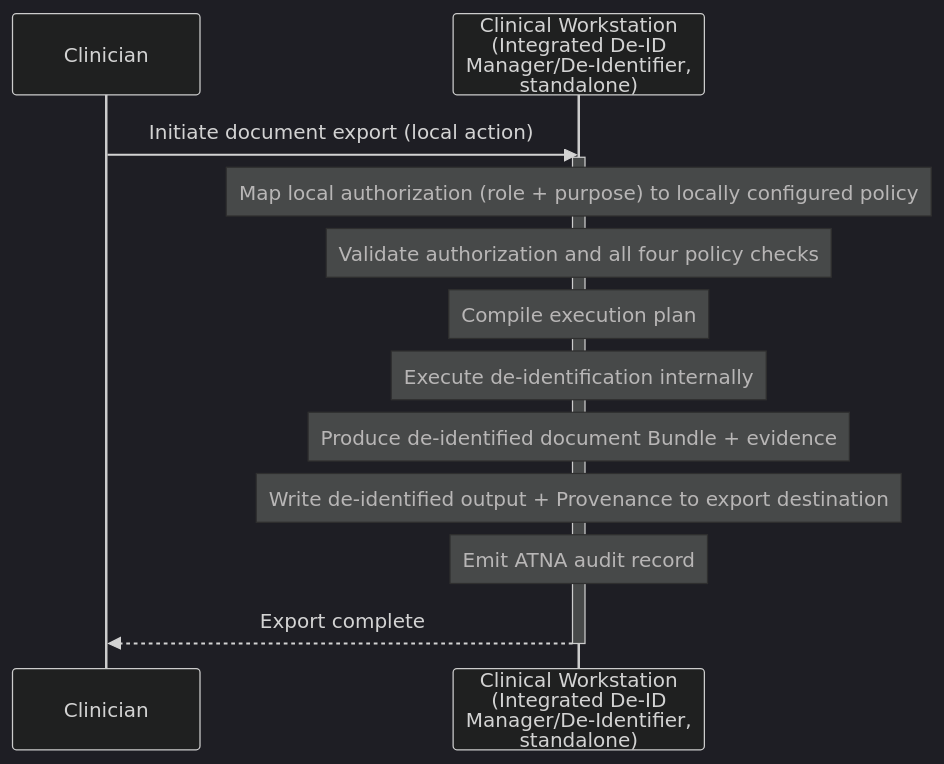
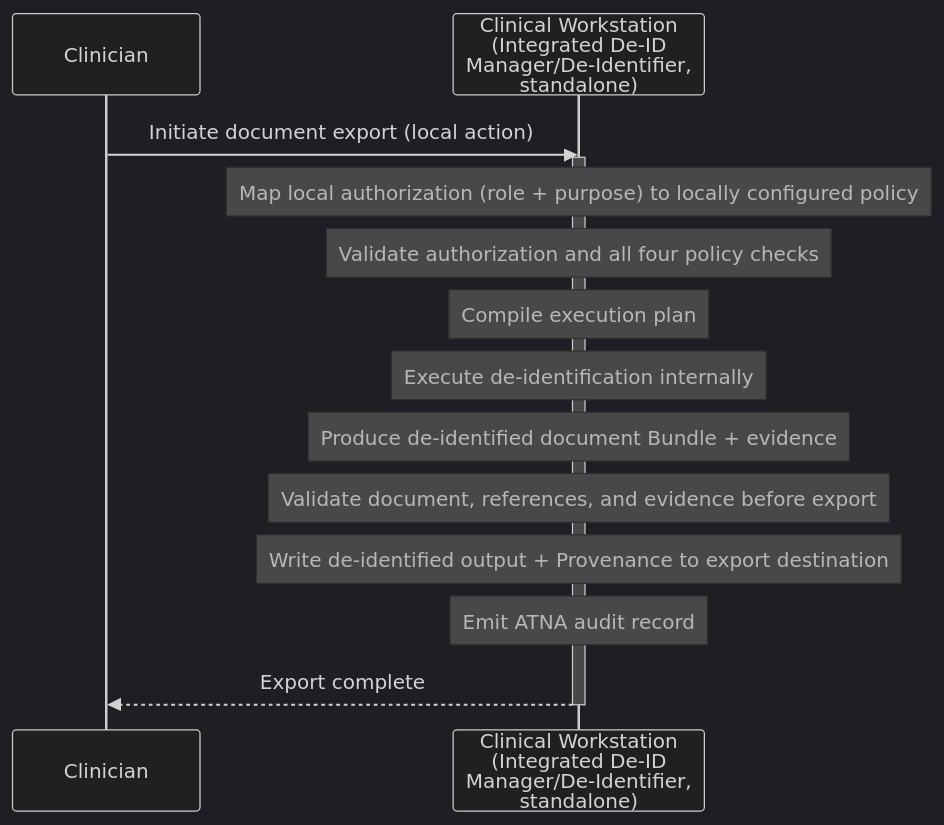
Before and after one commit to IHE/ITI.DIS: the diagram in input/images-source/dis-uc5-local-export.mmd, drawn with Mermaid (dark theme). The commit also changed 10 other files, not shown here.

```diff
--- a/input/images-source/dis-uc5-local-export.mmd
+++ b/input/images-source/dis-uc5-local-export.mmd
@@ -1,17 +1,18 @@
 sequenceDiagram
     participant CLI as Clinician
     participant WS as Clinical Workstation<br/>(Integrated De-ID<br/>Manager/De-Identifier,<br/>standalone)
 
     CLI->>WS: Initiate document export (local action)
     activate WS
     Note over WS: Map local authorization (role + purpose) to locally configured policy
     Note over WS: Validate authorization and all four policy checks
     Note over WS: Compile execution plan
 
     Note over WS: Execute de-identification internally
     Note over WS: Produce de-identified document Bundle + evidence
+    Note over WS: Validate document, references, and evidence before export
 
     Note over WS: Write de-identified output + Provenance to export destination
     Note over WS: Emit ATNA audit record
     WS-->>CLI: Export complete
     deactivate WS
```
